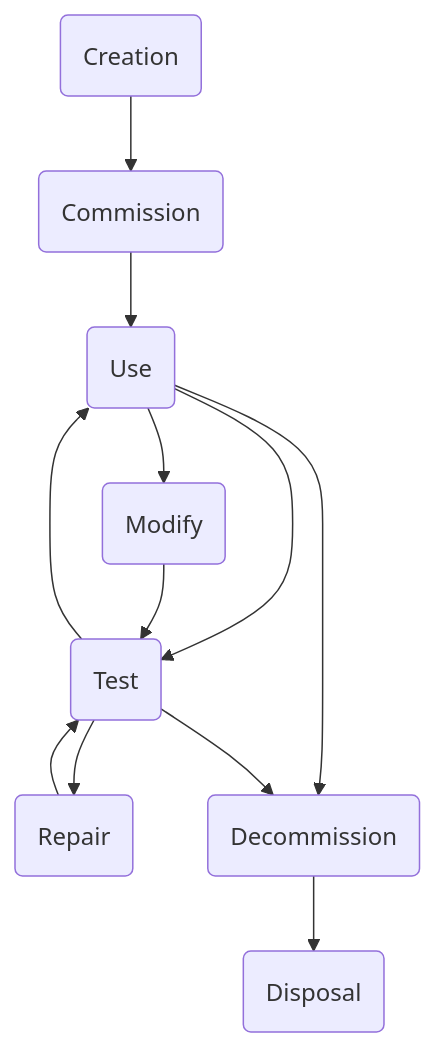
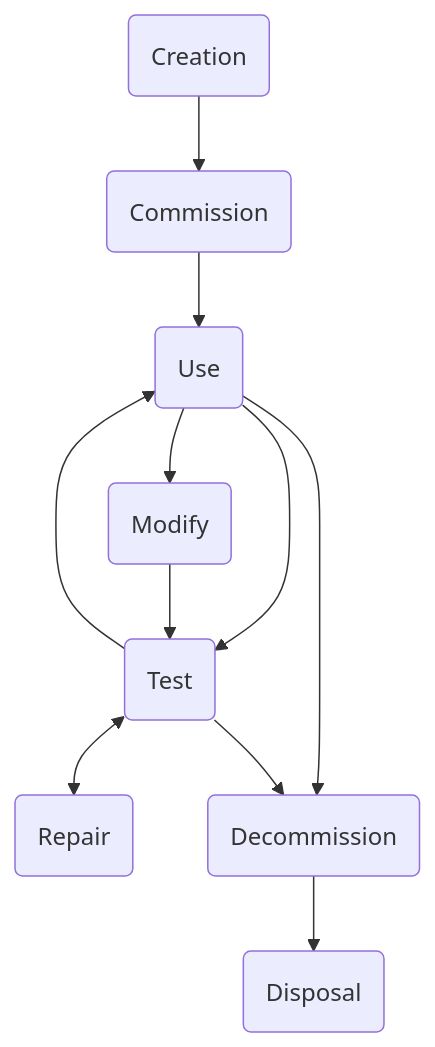
One commit to srobo/kitbook changed the diagram in asset-tracking.md. Above: the diagram before and after it, drawn with Mermaid. The commit also changed other lines of this file, not shown here.

```diff
--- a/asset-tracking.md
+++ b/asset-tracking.md
@@ -23,23 +23,22 @@
 {% mermaid %}
 graph TB
   create(Creation)
   commission(Commission)
   use(Use)
   test(Test)
   repair(Repair)
   modify(Modify)
   decommission(Decommission)
   disposal(Disposal)
   
   create-->commission
   commission-->use
   use-->modify
   use-->test
   use-->decommission
   modify-->test
-  test-->repair
+  test<-->repair
   test-->use
-  repair-->test
   test-->decommission
   decommission-->disposal
 {% endmermaid %}
```
